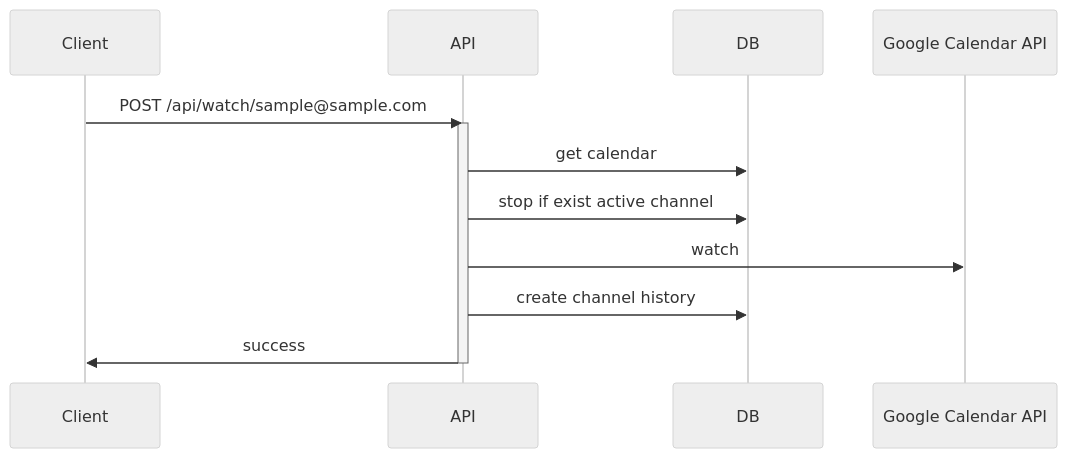
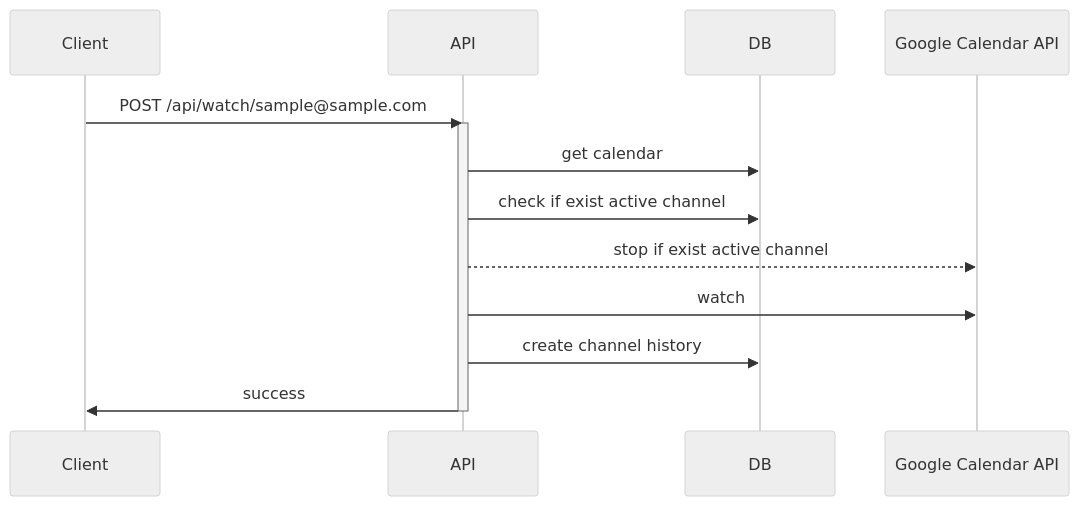
The second of 4 diagrams in README.md (takuoki/google-calendar-sync), drawn with Mermaid (neutral theme) before and after one commit. The commit also changed other lines of this file, not shown here.

Commit message:
微修正

````diff
--- a/README.md
+++ b/README.md
@@ -137,11 +138,12 @@
 ```mermaid
 sequenceDiagram
     Client->>API: POST /api/watch/sample@sample.com
     activate API
     API->>DB: get calendar
-    API->>DB: stop if exist active channel
+    API->>DB: check if exist active channel
+    API-->>Google Calendar API: stop if exist active channel
     API->>Google Calendar API: watch
     API->>DB: create channel history
     API->>Client: success
     deactivate API
 ```
````
